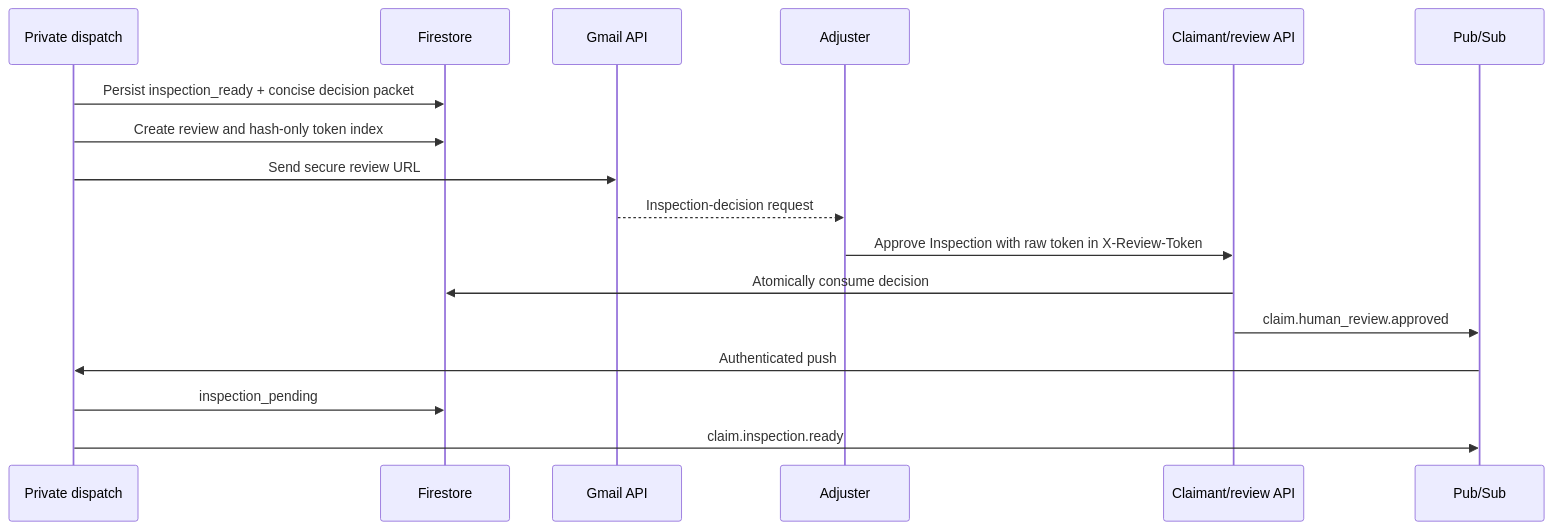
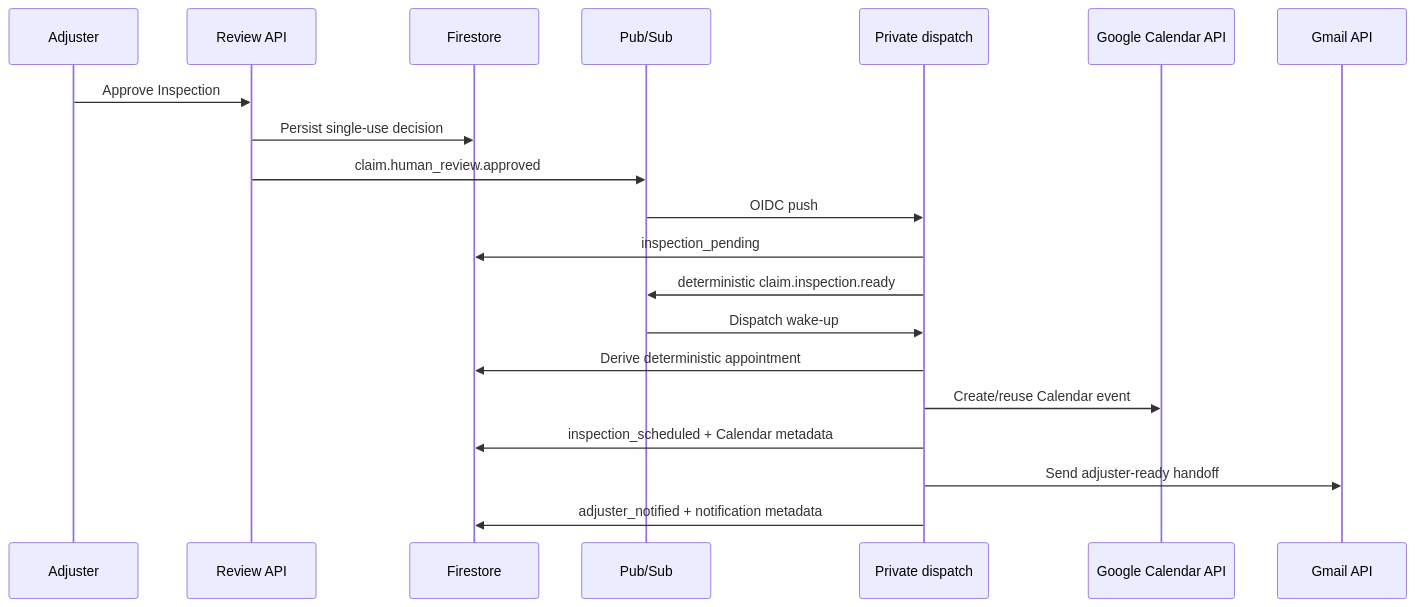
Before and after one commit to ramprasath-v/first-notice-dispatch: the fifth of 5 diagrams in docs/ARCHITECTURE.md, drawn with Mermaid. The commit also changed other lines of this file and 13 other files, not shown here.

````diff
--- a/docs/ARCHITECTURE.md
+++ b/docs/ARCHITECTURE.md
@@ -229,20 +191,23 @@
 ```mermaid
 sequenceDiagram
+    participant A as Adjuster
+    participant API as Review API
+    participant FS as Firestore
+    participant PS as Pub/Sub
     participant D as Private dispatch
-    participant FS as Firestore
+    participant CAL as Google Calendar API
     participant GM as Gmail API
-    participant H as Adjuster
-    participant API as Claimant/review API
-    participant PS as Pub/Sub
 
-    D->>FS: Persist inspection_ready + concise decision packet
-    D->>FS: Create review and hash-only token index
-    D->>GM: Send secure review URL
-    GM-->>H: Inspection-decision request
-    H->>API: Approve Inspection with raw token in X-Review-Token
-    API->>FS: Atomically consume decision
+    A->>API: Approve Inspection
+    API->>FS: Persist single-use decision
     API->>PS: claim.human_review.approved
-    PS->>D: Authenticated push
+    PS->>D: OIDC push
     D->>FS: inspection_pending
-    D->>PS: claim.inspection.ready
+    D->>PS: deterministic claim.inspection.ready
+    PS->>D: Dispatch wake-up
+    D->>FS: Derive deterministic appointment
+    D->>CAL: Create/reuse Calendar event
+    D->>FS: inspection_scheduled + Calendar metadata
+    D->>GM: Send adjuster-ready handoff
+    D->>FS: adjuster_notified + notification metadata
 ```
````
